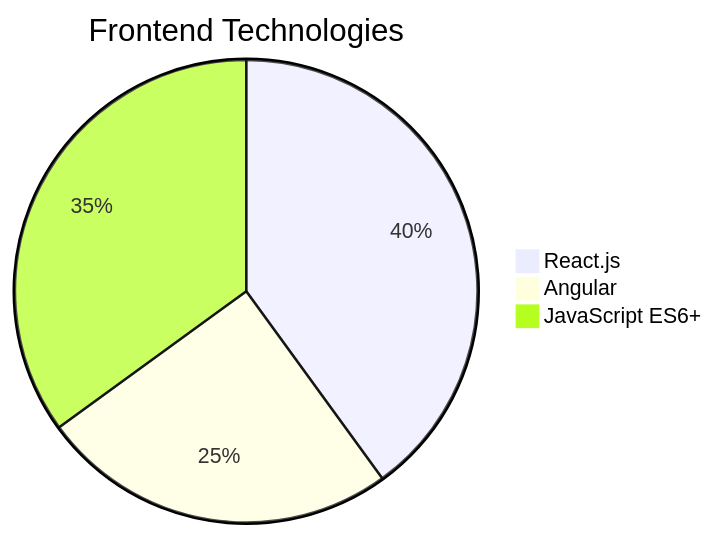
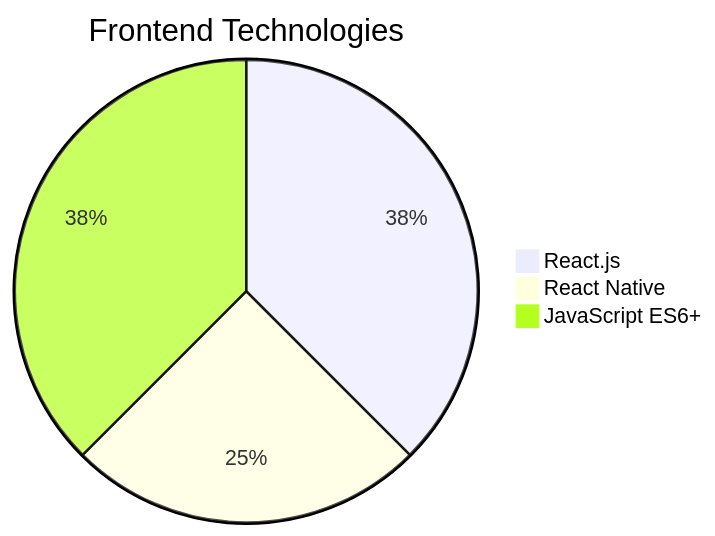
One commit to nfcdjobo/nfcdjobo changed the first of 3 diagrams in README.md. Above: the diagram before and after it, drawn with Mermaid. The commit also changed other lines of this file, not shown here.

````diff
--- a/README.md
+++ b/README.md
@@ -21,6 +21,6 @@
 ```mermaid
 pie title Frontend Technologies
-    "React.js" : 40
-    "Angular" : 25
-    "JavaScript ES6+" : 35
+    "React.js" : 37.5
+    "React Native" : 25
+    "JavaScript ES6+" : 37.5
 ```
````
